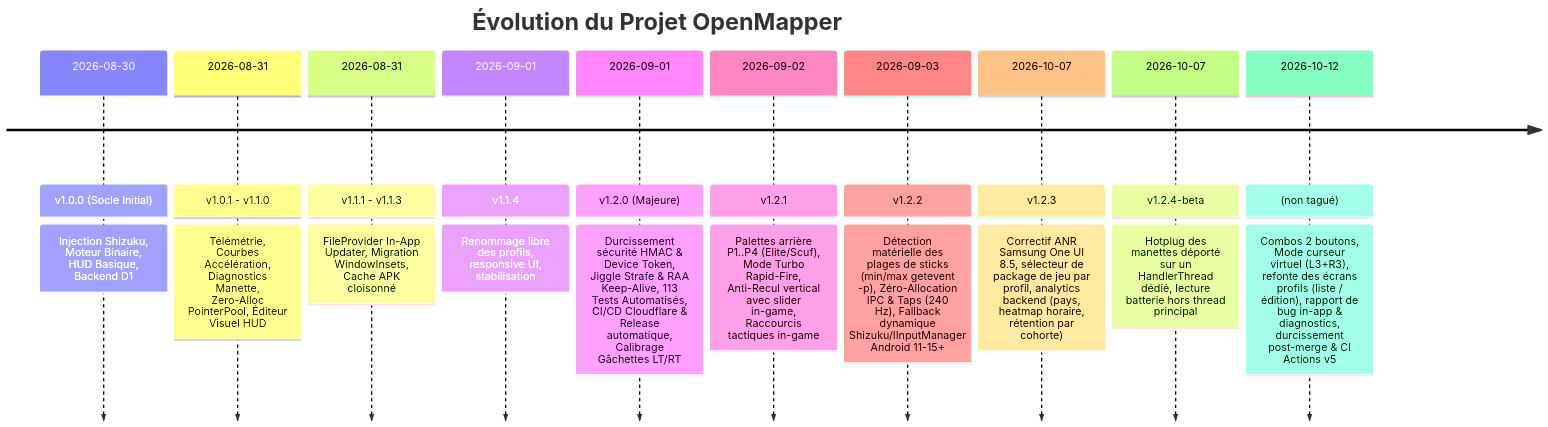
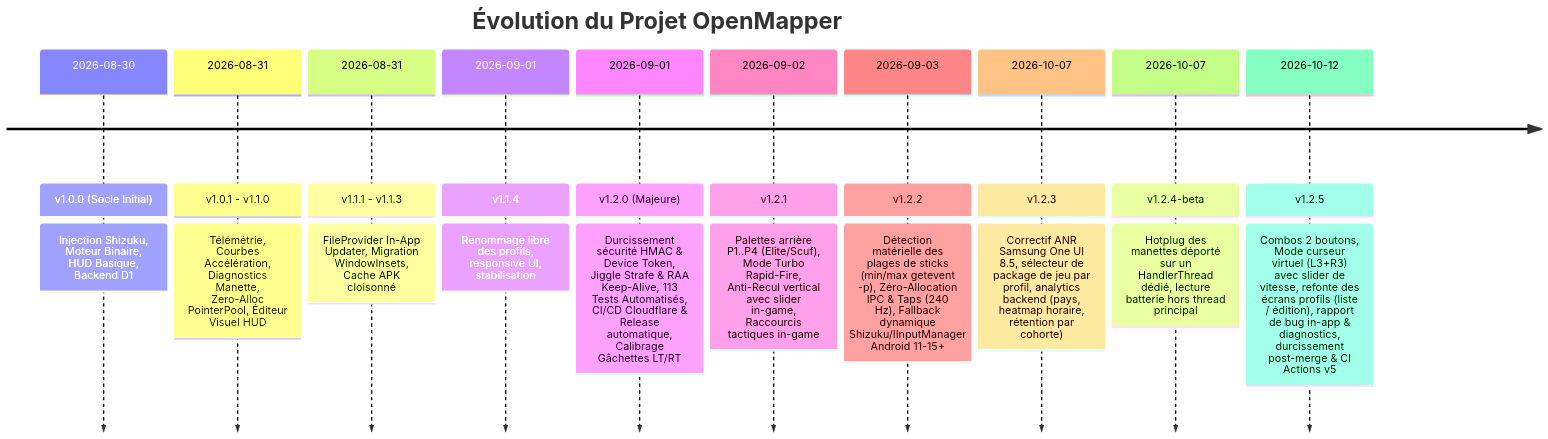
The first of 4 diagrams in agent.md (kinou-p/android-open-mapper), drawn with Mermaid before and after one commit. The commit also changed other lines of this file and 1 other file, not shown here.

Commit message:
chore(release): bump to 1.2.5 (versionCode 13)
Prepare la release stable 1.2.5 : la derniere etait 1.2.3 (v1.2.4-beta etait une prerelease).
Met aussi a jour le changelog d'agent.md (l'entree « non tagué » devient v1.2.5).

````diff
--- a/agent.md
+++ b/agent.md
@@ -62,14 +62,14 @@
 ```mermaid
 timeline
     title Évolution du Projet OpenMapper
     2026-08-30 : v1.0.0 (Socle Initial) : Injection Shizuku, Moteur Binaire, HUD Basique, Backend D1
     2026-08-31 : v1.0.1 - v1.1.0 : Télémétrie, Courbes Accélération, Diagnostics Manette, Zero-Alloc PointerPool, Éditeur Visuel HUD
     2026-08-31 : v1.1.1 - v1.1.3 : FileProvider In-App Updater, Migration WindowInsets, Cache APK cloisonné
     2026-09-01 : v1.1.4 : Renommage libre des profils, responsive UI, stabilisation
     2026-09-01 : v1.2.0 (Majeure) : Durcissement sécurité HMAC & Device Token, Jiggle Strafe & RAA Keep-Alive, 113 Tests Automatisés, CI/CD Cloudflare & Release automatique, Calibrage Gâchettes LT/RT
     2026-09-02 : v1.2.1 : Palettes arrière P1..P4 (Elite/Scuf), Mode Turbo Rapid-Fire, Anti-Recul vertical avec slider in-game, Raccourcis tactiques in-game
     2026-09-03 : v1.2.2 : Détection matérielle des plages de sticks (min/max getevent -p), Zéro-Allocation IPC & Taps (240 Hz), Fallback dynamique Shizuku/IInputManager Android 11-15+
     2026-10-07 : v1.2.3 : Correctif ANR Samsung One UI 8.5, sélecteur de package de jeu par profil, analytics backend (pays, heatmap horaire, rétention par cohorte)
     2026-10-07 : v1.2.4-beta : Hotplug des manettes déporté sur un HandlerThread dédié, lecture batterie hors thread principal
-    2026-10-12 : (non tagué) : Combos 2 boutons, Mode curseur virtuel (L3+R3), refonte des écrans profils (liste / édition), rapport de bug in-app & diagnostics, durcissement post-merge & CI Actions v5
+    2026-10-12 : v1.2.5 : Combos 2 boutons, Mode curseur virtuel (L3+R3) avec slider de vitesse, refonte des écrans profils (liste / édition), rapport de bug in-app & diagnostics, durcissement post-merge & CI Actions v5
 ```
````
